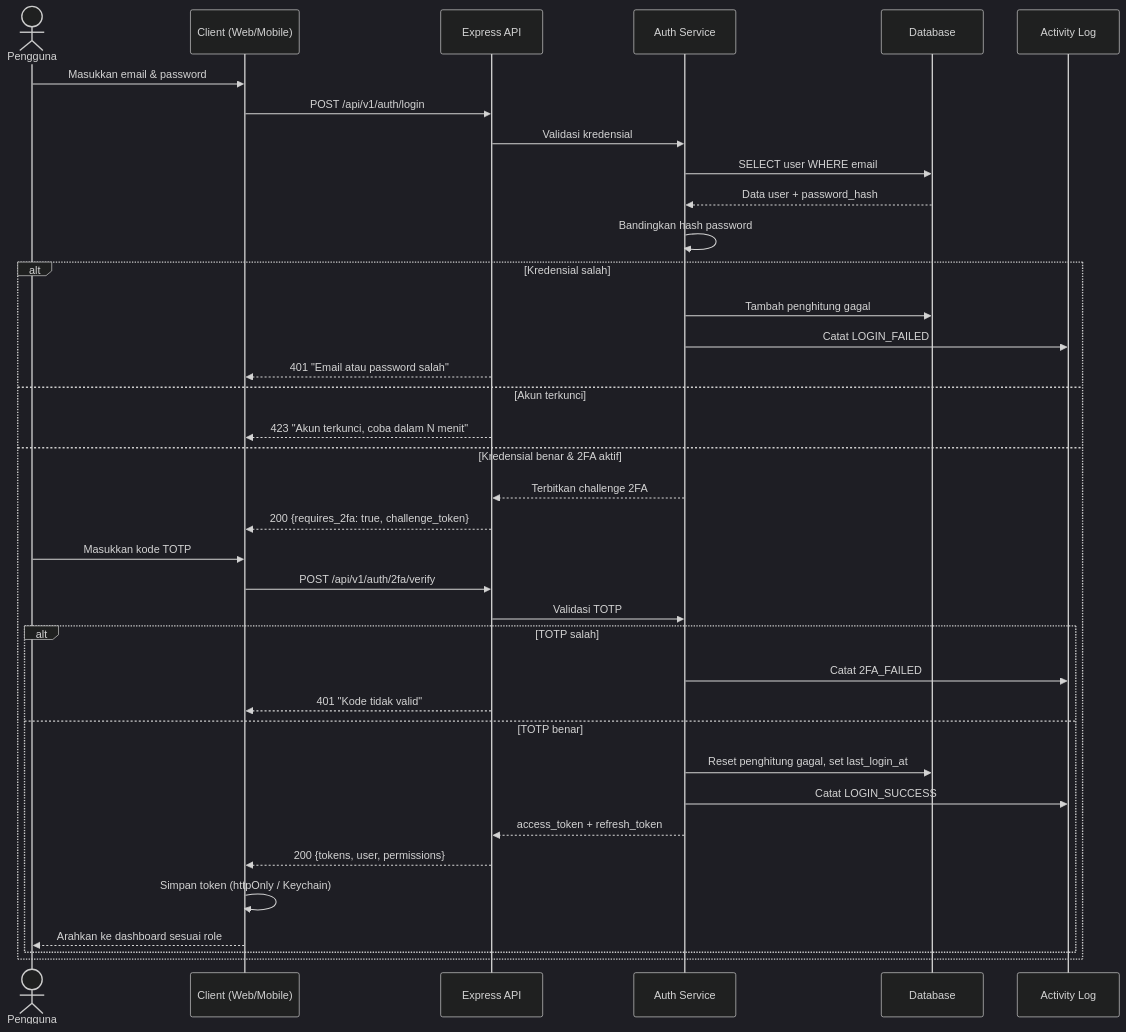
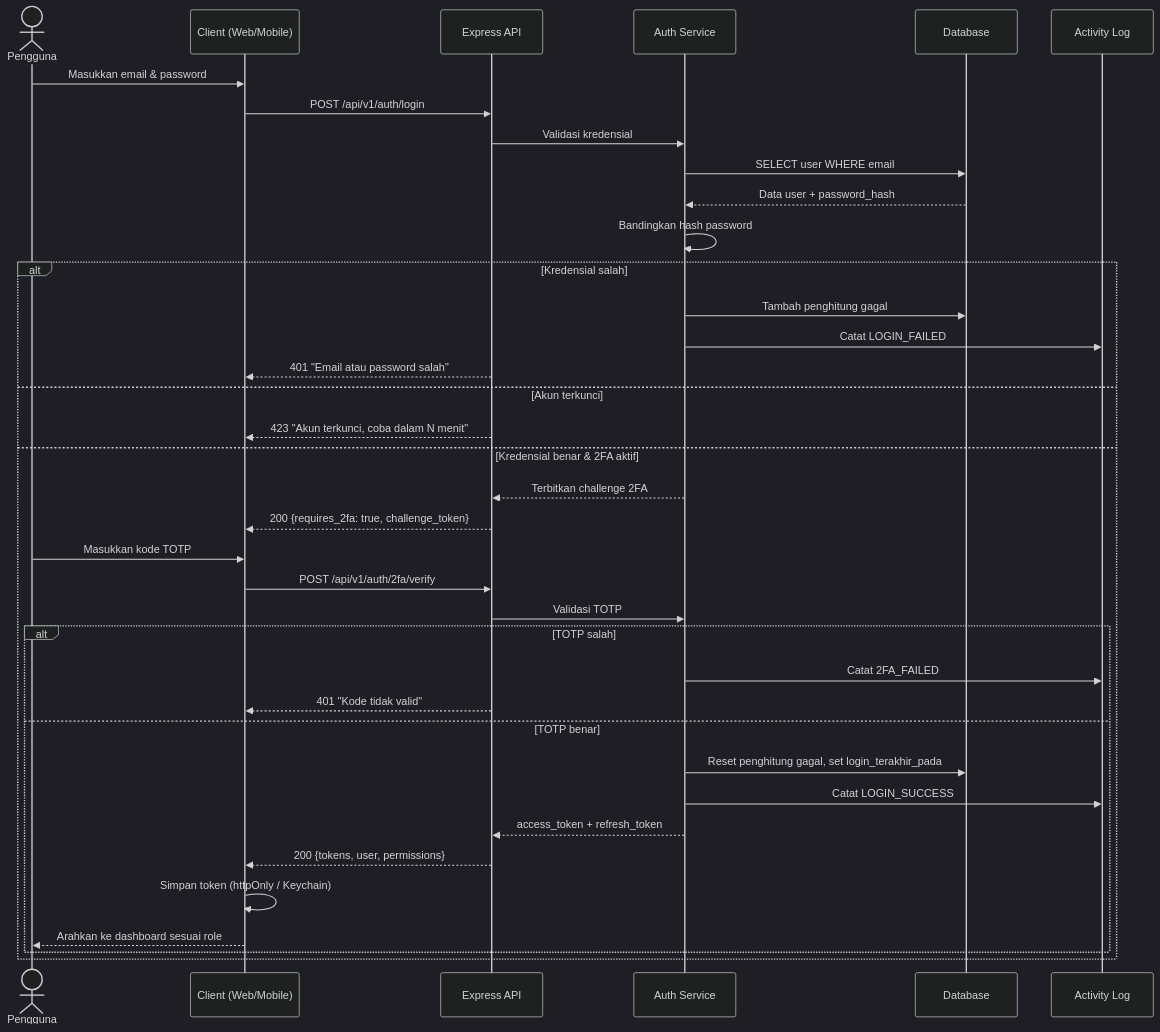
The diagram in docs/PRD/02-modules/m01-auth.md (HanzzzBD/SIGM4), drawn with Mermaid (dark theme) before and after one commit. The commit also changed other lines of this file and 15 other files, not shown here.

````diff
--- a/docs/PRD/02-modules/m01-auth.md
+++ b/docs/PRD/02-modules/m01-auth.md
@@ -29,41 +29,41 @@
 ```mermaid
 sequenceDiagram
     actor U as Pengguna
     participant C as Client (Web/Mobile)
     participant API as Express API
     participant AUTH as Auth Service
     participant DB as Database
     participant LOG as Activity Log
 
     U->>C: Masukkan email & password
     C->>API: POST /api/v1/auth/login
     API->>AUTH: Validasi kredensial
     AUTH->>DB: SELECT user WHERE email
     DB-->>AUTH: Data user + password_hash
     AUTH->>AUTH: Bandingkan hash password
 
     alt Kredensial salah
         AUTH->>DB: Tambah penghitung gagal
         AUTH->>LOG: Catat LOGIN_FAILED
         API-->>C: 401 "Email atau password salah"
     else Akun terkunci
         API-->>C: 423 "Akun terkunci, coba dalam N menit"
     else Kredensial benar & 2FA aktif
         AUTH-->>API: Terbitkan challenge 2FA
         API-->>C: 200 {requires_2fa: true, challenge_token}
         U->>C: Masukkan kode TOTP
         C->>API: POST /api/v1/auth/2fa/verify
         API->>AUTH: Validasi TOTP
         alt TOTP salah
             AUTH->>LOG: Catat 2FA_FAILED
             API-->>C: 401 "Kode tidak valid"
         else TOTP benar
-            AUTH->>DB: Reset penghitung gagal, set last_login_at
+            AUTH->>DB: Reset penghitung gagal, set login_terakhir_pada
             AUTH->>LOG: Catat LOGIN_SUCCESS
             AUTH-->>API: access_token + refresh_token
             API-->>C: 200 {tokens, user, permissions}
             C->>C: Simpan token (httpOnly / Keychain)
             C-->>U: Arahkan ke dashboard sesuai role
         end
     end
 ```
````
